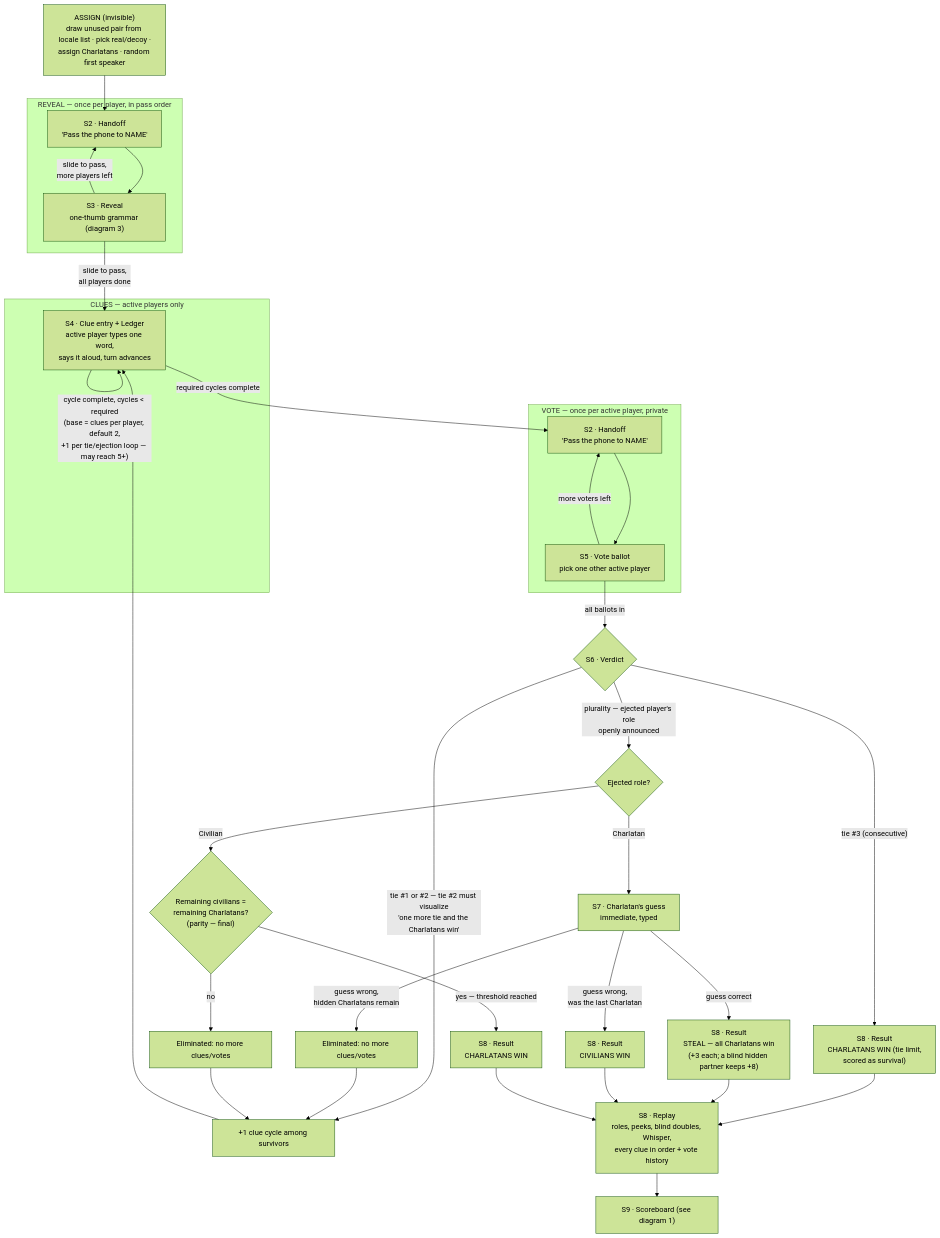
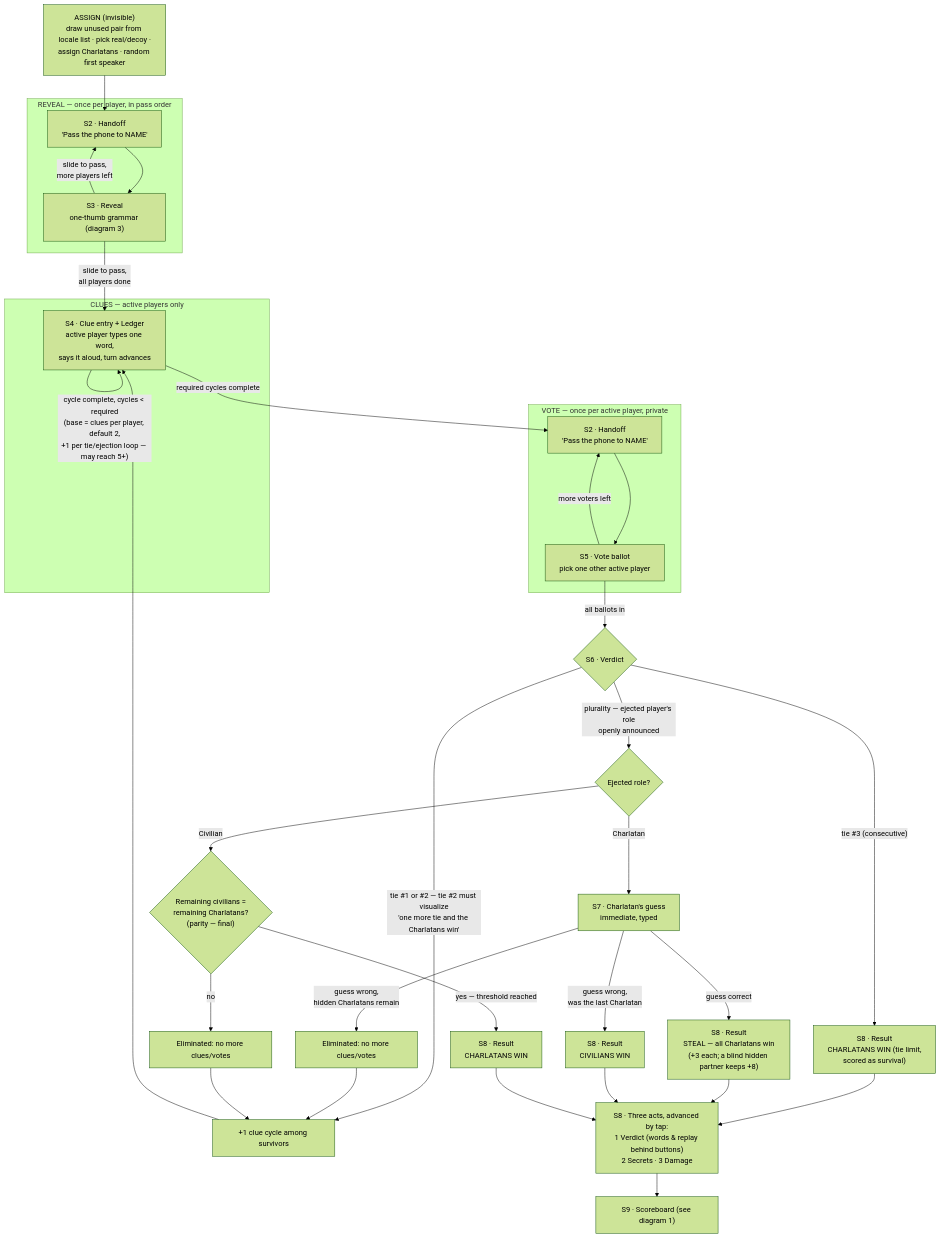
The second of 4 diagrams in docs/02-flows.md (jalieven/charlatan), drawn with Mermaid (forest theme) before and after one commit. The commit also changed other lines of this file and 3 other files, not shown here.

````diff
--- a/docs/02-flows.md
+++ b/docs/02-flows.md
@@ -31,42 +31,42 @@
 ```mermaid
 flowchart TD
     Assign["ASSIGN (invisible)<br/>draw unused pair from locale list · pick real/decoy ·<br/>assign Charlatans · random first speaker"]
     Assign --> H1["S2 · Handoff<br/>'Pass the phone to NAME'"]
 
     subgraph RevealLoop["REVEAL — once per player, in pass order"]
         H1 --> S3["S3 · Reveal<br/>one-thumb grammar (diagram 3)"]
         S3 -->|slide to pass,<br/>more players left| H1
     end
     S3 -->|slide to pass,<br/>all players done| Clues
 
     subgraph ClueLoop["CLUES — active players only"]
         Clues["S4 · Clue entry + Ledger<br/>active player types one word,<br/>says it aloud, turn advances"]
         Clues -->|"cycle complete, cycles < required<br/>(base = clues per player, default 2,<br/>+1 per tie/ejection loop — may reach 5+)"| Clues
     end
     Clues -->|required cycles complete| H2["S2 · Handoff<br/>'Pass the phone to NAME'"]
 
     subgraph VoteLoop["VOTE — once per active player, private"]
         H2 --> S5["S5 · Vote ballot<br/>pick one other active player"]
         S5 -->|more voters left| H2
     end
     S5 -->|all ballots in| S6{"S6 · Verdict"}
 
     S6 -->|"tie #1 or #2 — tie #2 must visualize<br/>'one more tie and the Charlatans win'"| ExtraClue["+1 clue cycle among survivors"] --> Clues
     S6 -->|"tie #3 (consecutive)"| ResultTies["S8 · Result<br/>CHARLATANS WIN (tie limit,<br/>scored as survival)"]
     S6 -->|"plurality — ejected player's role<br/>openly announced"| Role{"Ejected role?"}
 
     Role -->|Charlatan| Guess["S7 · Charlatan's guess<br/>immediate, typed"]
     Guess -->|guess correct| ResultSteal["S8 · Result<br/>STEAL — all Charlatans win<br/>(+3 each; a blind hidden partner keeps +8)"]
     Guess -->|"guess wrong,<br/>hidden Charlatans remain"| Eliminate1["Eliminated: no more clues/votes"] --> ExtraClue
     Guess -->|"guess wrong,<br/>was the last Charlatan"| ResultCiv["S8 · Result<br/>CIVILIANS WIN"]
 
     Role -->|Civilian| Threshold{"Remaining civilians =<br/>remaining Charlatans?<br/>(parity — final)"}
     Threshold -->|"yes — threshold reached"| ResultChar["S8 · Result<br/>CHARLATANS WIN"]
     Threshold -->|no| Eliminate2["Eliminated: no more clues/votes"] --> ExtraClue
 
-    ResultTies --> Replay["S8 · Replay<br/>roles, peeks, blind doubles, Whisper,<br/>every clue in order + vote history"]
-    ResultSteal --> Replay
-    ResultCiv --> Replay
-    ResultChar --> Replay
-    Replay --> Score["S9 · Scoreboard (see diagram 1)"]
+    ResultTies --> Acts["S8 · Three acts, advanced by tap:<br/>1 Verdict (words & replay behind buttons)<br/>2 Secrets · 3 Damage"]
+    ResultSteal --> Acts
+    ResultCiv --> Acts
+    ResultChar --> Acts
+    Acts --> Score["S9 · Scoreboard (see diagram 1)"]
 ```
````
